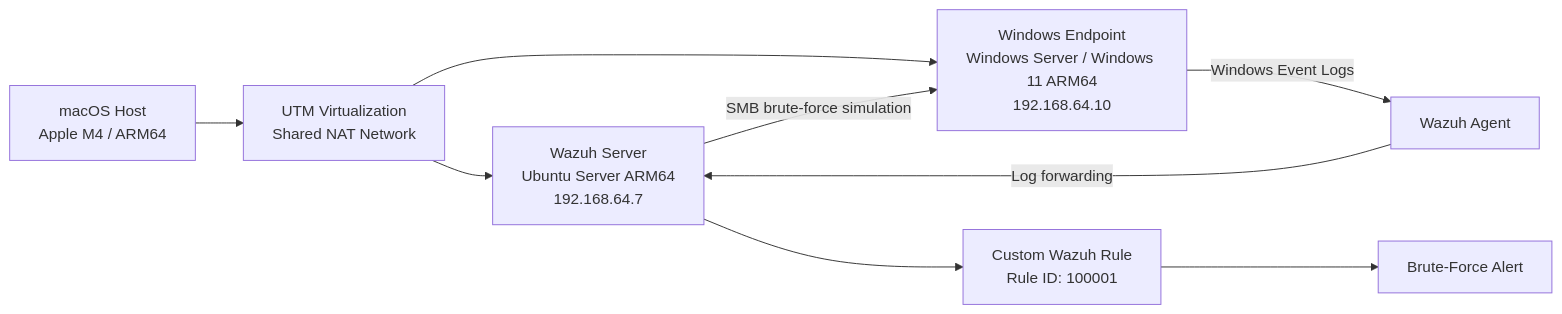
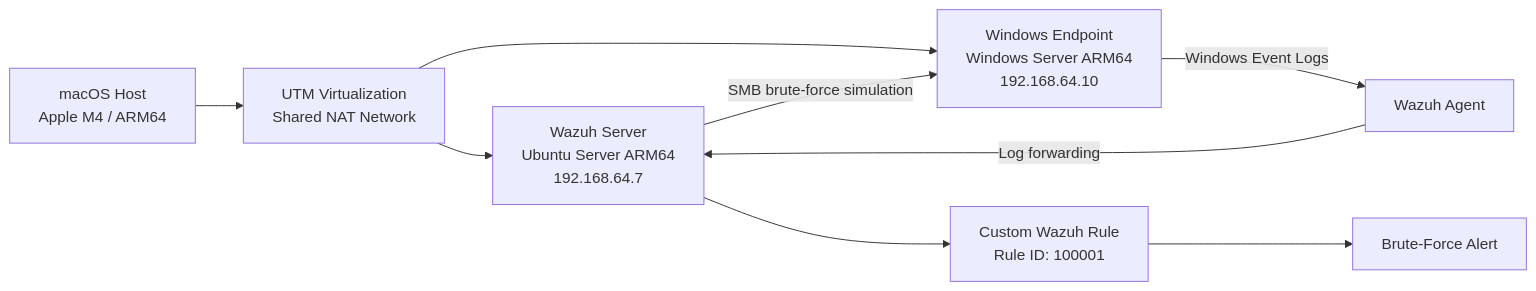
Before and after one commit to Gurkme/cybersecurity-writeups: the diagram in wazuh-siem-bruteforce-report/README.md, drawn with Mermaid. The commit also changed other lines of this file, not shown here.

````diff
--- a/wazuh-siem-bruteforce-report/README.md
+++ b/wazuh-siem-bruteforce-report/README.md
@@ -18,11 +18,11 @@
 ```mermaid
 flowchart LR
     A[macOS Host<br>Apple M4 / ARM64] --> B[UTM Virtualization<br>Shared NAT Network]
     B --> C[Wazuh Server<br>Ubuntu Server ARM64<br>192.168.64.7]
-    B --> D[Windows Endpoint<br>Windows Server / Windows 11 ARM64<br>192.168.64.10]
+    B --> D[Windows Endpoint<br>Windows Server ARM64<br>192.168.64.10]
     C -->|SMB brute-force simulation| D
     D -->|Windows Event Logs| E[Wazuh Agent]
     E -->|Log forwarding| C
     C --> F[Custom Wazuh Rule<br>Rule ID: 100001]
     F --> G[Brute-Force Alert]
 ```
````
